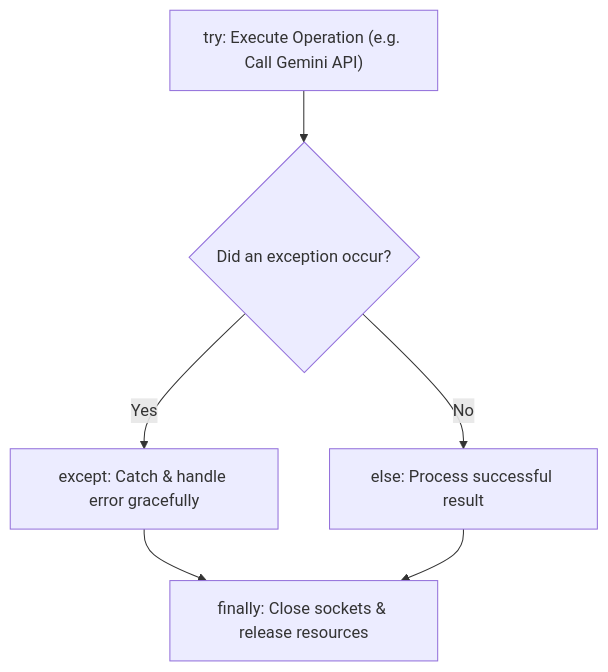
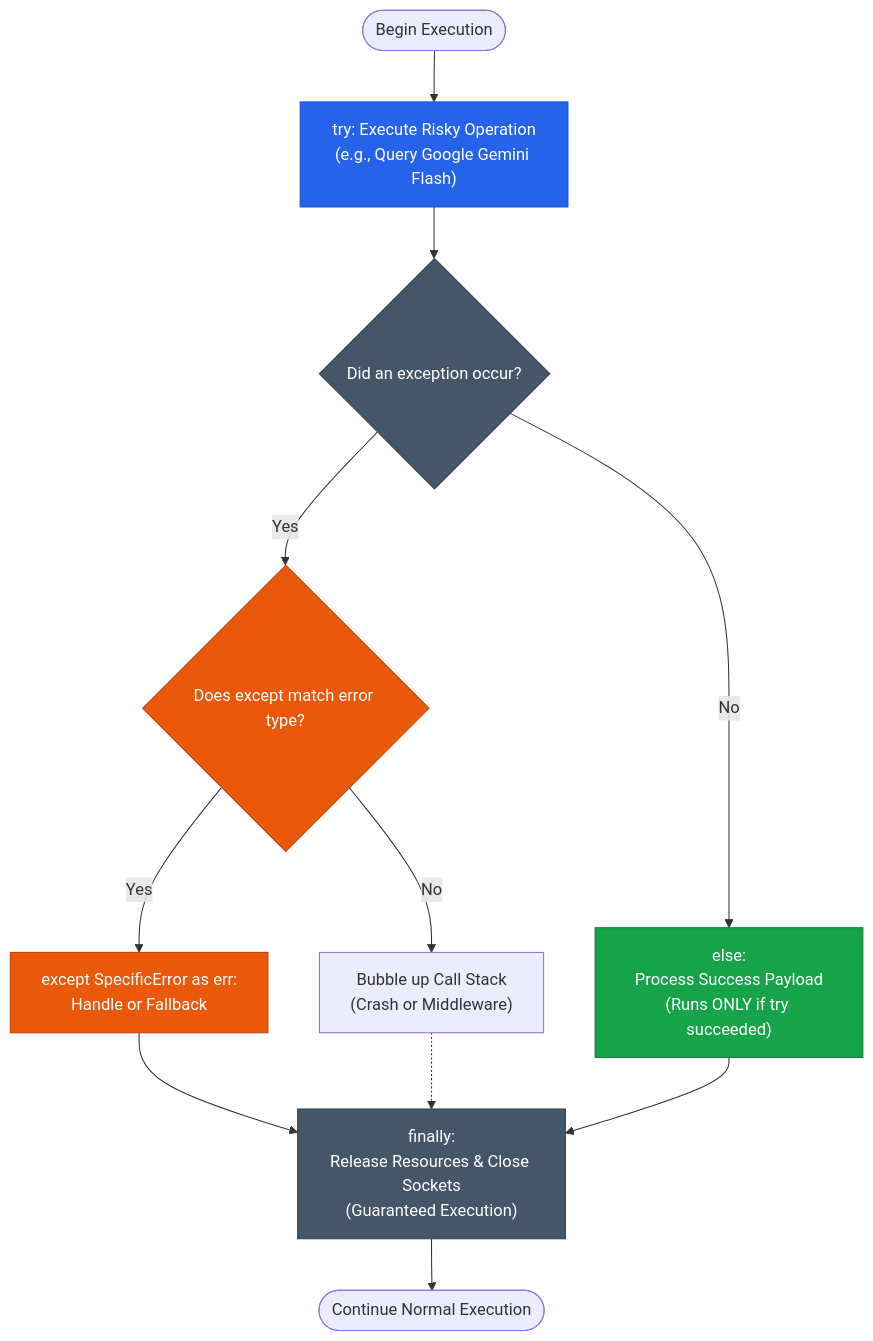
Before and after one commit to primecoderIN/learning-docs: the first of 6 diagrams in Python_FastAPI_AI_Architect/07_Module_7_Error_Handling_and_File_IO.md, drawn with Mermaid. The commit also changed other lines of this file and 21 other files, not shown here.

````diff
--- a/Python_FastAPI_AI_Architect/07_Module_7_Error_Handling_and_File_IO.md
+++ b/Python_FastAPI_AI_Architect/07_Module_7_Error_Handling_and_File_IO.md
@@ -27,8 +59,23 @@
 ```mermaid
 flowchart TD
-    TryBlock["try: Execute Operation (e.g. Call Gemini API)"] --> ErrCheck{"Did an exception occur?"}
-    ErrCheck -- Yes --> ExceptBlock["except: Catch & handle error gracefully"]
-    ErrCheck -- No --> ElseBlock["else: Process successful result"]
-    ExceptBlock --> FinallyBlock["finally: Close sockets & release resources"]
+    Start(["Begin Execution"]) --> TryBlock["try: Execute Risky Operation\n(e.g., Query Google Gemini Flash)"]
+    TryBlock --> Condition{"Did an exception occur?"}
+    Condition -- Yes --> MatchCheck{"Does except match error type?"}
+    MatchCheck -- Yes --> ExceptBlock["except SpecificError as err:\nHandle or Fallback"]
+    MatchCheck -- No --> Unhandled["Bubble up Call Stack\n(Crash or Middleware)"]
+    Condition -- No --> ElseBlock["else:\nProcess Success Payload\n(Runs ONLY if try succeeded)"]
+    ExceptBlock --> FinallyBlock["finally:\nRelease Resources & Close Sockets\n(Guaranteed Execution)"]
     ElseBlock --> FinallyBlock
+    Unhandled -.-> FinallyBlock
+    FinallyBlock --> NextStep(["Continue Normal Execution"])
+
+    classDef primary fill:#2563eb,stroke:#1d4ed8,color:#ffffff;
+    classDef success fill:#16a34a,stroke:#15803d,color:#ffffff;
+    classDef warning fill:#ea580c,stroke:#c2410c,color:#ffffff;
+    classDef neutral fill:#475569,stroke:#334155,color:#ffffff;
+
+    class TryBlock primary;
+    class ElseBlock success;
+    class ExceptBlock,MatchCheck warning;
+    class FinallyBlock,Condition neutral;
 ```
````
